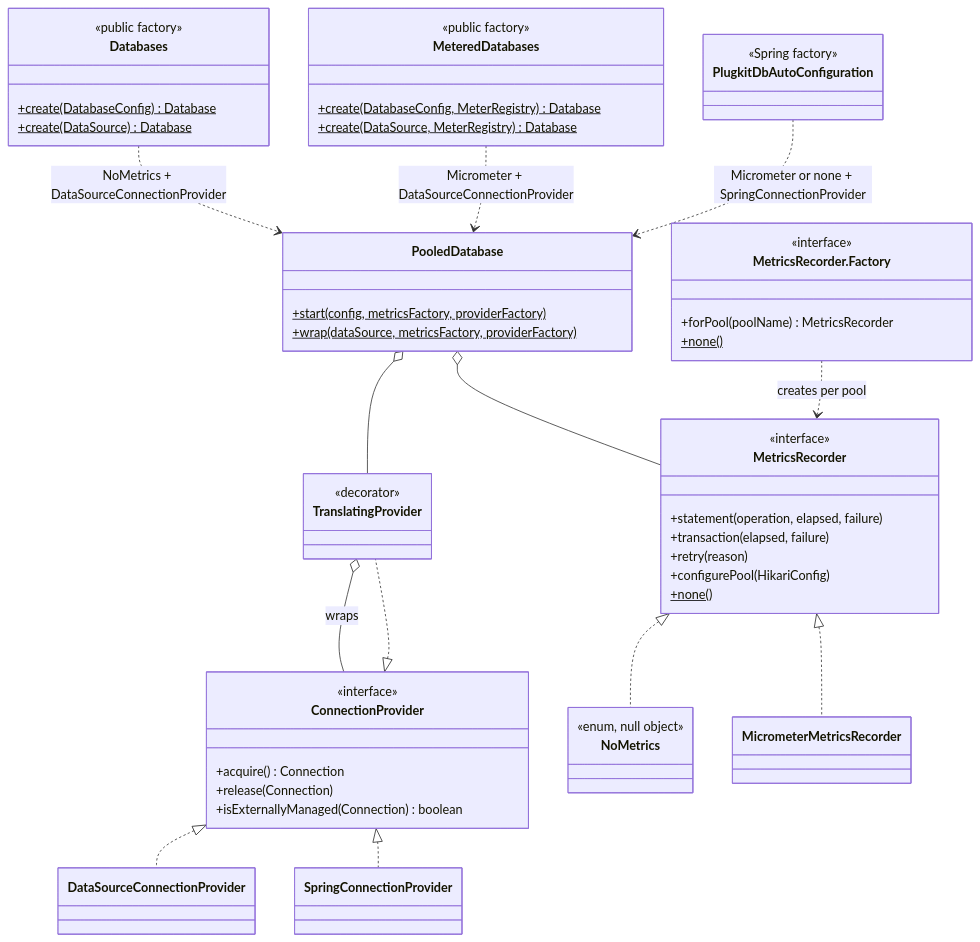
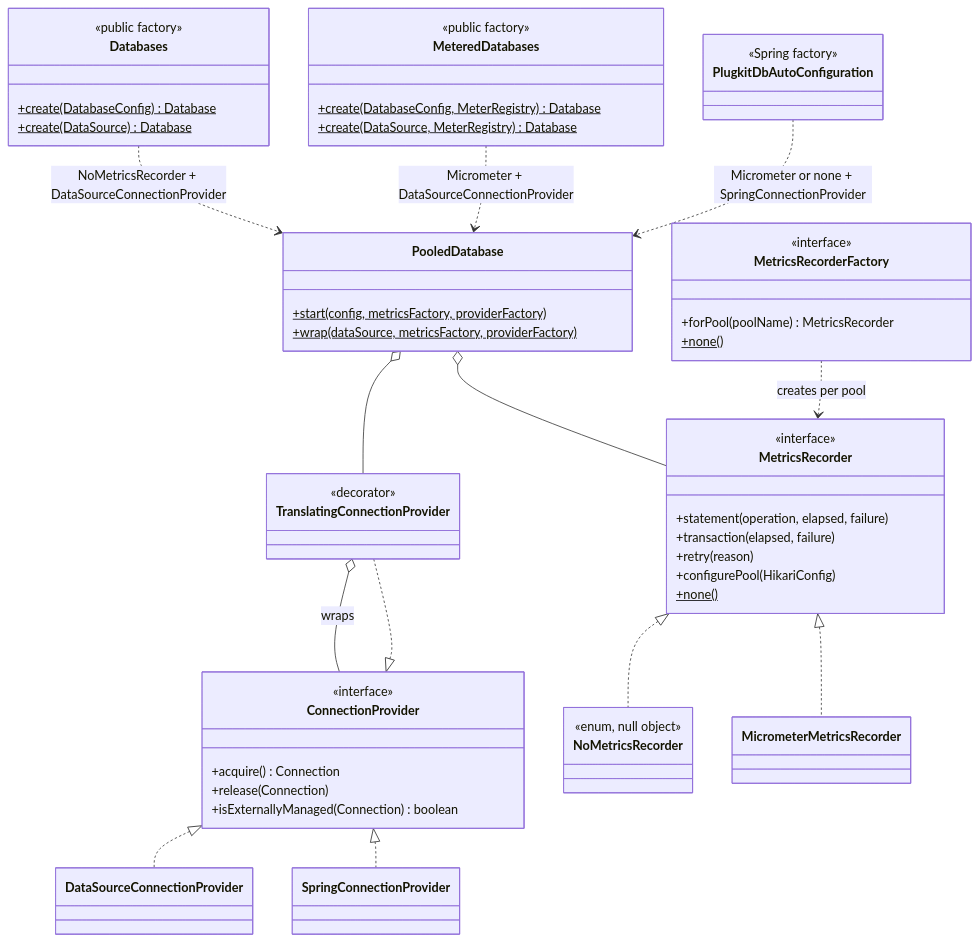
The first of 6 diagrams in plugkit-db/docs/adr/0005-integrations.md (varnit-ta/plugkit-util), drawn with Mermaid before and after one commit. The commit also changed other lines of this file and 76 other files, not shown here.

````diff
--- a/plugkit-db/docs/adr/0005-integrations.md
+++ b/plugkit-db/docs/adr/0005-integrations.md
@@ -63,61 +63,61 @@
 ```mermaid
 classDiagram
     direction TB
     class Databases {
         <<public factory>>
         +create(DatabaseConfig)$ Database
         +create(DataSource)$ Database
     }
     class MeteredDatabases {
         <<public factory>>
         +create(DatabaseConfig, MeterRegistry)$ Database
         +create(DataSource, MeterRegistry)$ Database
     }
     class PlugkitDbAutoConfiguration {
         <<Spring factory>>
     }
     class PooledDatabase {
         +start(config, metricsFactory, providerFactory)$
         +wrap(dataSource, metricsFactory, providerFactory)$
     }
     class ConnectionProvider {
         <<interface>>
         +acquire() Connection
         +release(Connection)
         +isExternallyManaged(Connection) boolean
     }
     class DataSourceConnectionProvider
     class SpringConnectionProvider
-    class TranslatingProvider {
+    class TranslatingConnectionProvider {
         <<decorator>>
     }
     class MetricsRecorder {
         <<interface>>
         +statement(operation, elapsed, failure)
         +transaction(elapsed, failure)
         +retry(reason)
         +configurePool(HikariConfig)
         +none()$
     }
-    class MetricsRecorderFactory["MetricsRecorder.Factory"] {
+    class MetricsRecorderFactory {
         <<interface>>
         +forPool(poolName) MetricsRecorder
         +none()$
     }
-    class NoMetrics {
+    class NoMetricsRecorder {
         <<enum, null object>>
     }
     class MicrometerMetricsRecorder
-    Databases ..> PooledDatabase : NoMetrics + DataSourceConnectionProvider
+    Databases ..> PooledDatabase : NoMetricsRecorder + DataSourceConnectionProvider
     MeteredDatabases ..> PooledDatabase : Micrometer + DataSourceConnectionProvider
     PlugkitDbAutoConfiguration ..> PooledDatabase : Micrometer or none + SpringConnectionProvider
     ConnectionProvider <|.. DataSourceConnectionProvider
     ConnectionProvider <|.. SpringConnectionProvider
-    ConnectionProvider <|.. TranslatingProvider
-    TranslatingProvider o-- ConnectionProvider : wraps
-    MetricsRecorder <|.. NoMetrics
+    ConnectionProvider <|.. TranslatingConnectionProvider
+    TranslatingConnectionProvider o-- ConnectionProvider : wraps
+    MetricsRecorder <|.. NoMetricsRecorder
     MetricsRecorder <|.. MicrometerMetricsRecorder
     MetricsRecorderFactory ..> MetricsRecorder : creates per pool
-    PooledDatabase o-- TranslatingProvider
+    PooledDatabase o-- TranslatingConnectionProvider
     PooledDatabase o-- MetricsRecorder
 ```
````
